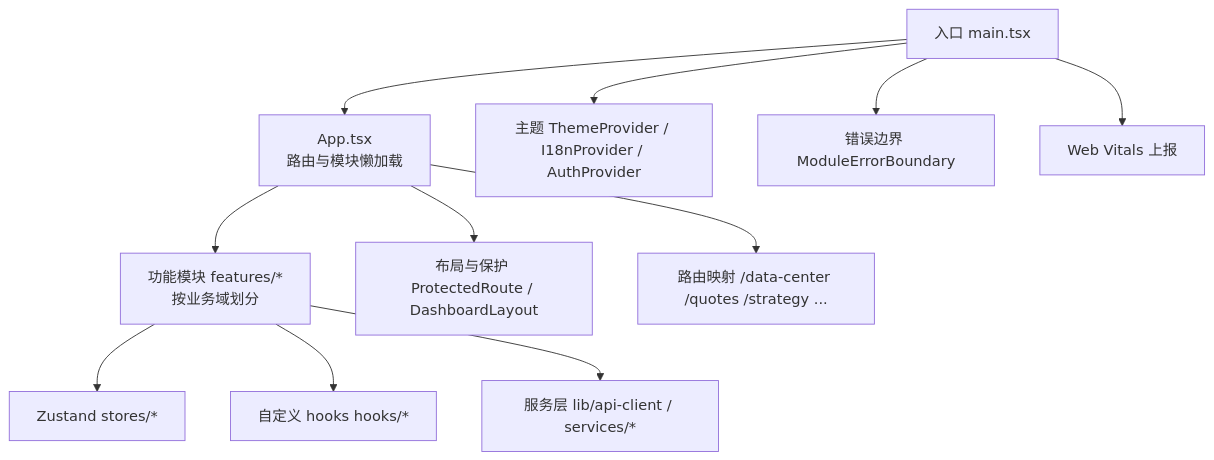
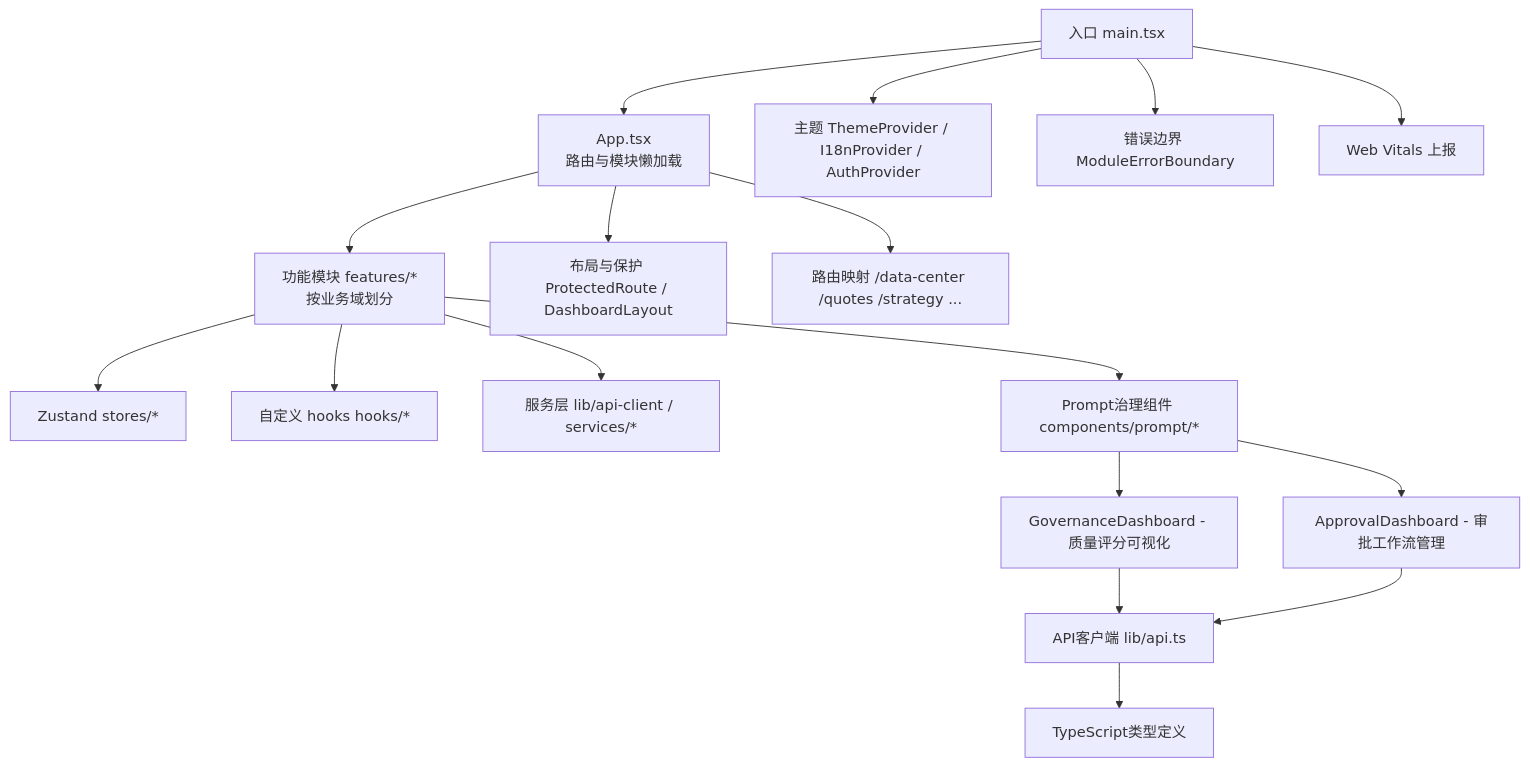
One commit to songlinhe5-lab/quant_agent changed the first of 11 diagrams in .qoder/repowiki/zh/content/前端开发指南/前端开发指南.md. Above: the diagram before and after it, drawn with Mermaid. The commit also changed other lines of this file and 294 other files, not shown here.

````diff
--- a/.qoder/repowiki/zh/content/前端开发指南/前端开发指南.md
+++ b/.qoder/repowiki/zh/content/前端开发指南/前端开发指南.md
@@ -43,13 +56,19 @@
 ```mermaid
 graph TB
 A["入口 main.tsx"] --> B["App.tsx<br/>路由与模块懒加载"]
 B --> C["功能模块 features/*<br/>按业务域划分"]
 B --> D["布局与保护 ProtectedRoute / DashboardLayout"]
 A --> E["主题 ThemeProvider / I18nProvider / AuthProvider"]
 A --> F["错误边界 ModuleErrorBoundary"]
 A --> G["Web Vitals 上报"]
 B --> H["路由映射 /data-center /quotes /strategy ..."]
 C --> I["Zustand stores/*"]
 C --> J["自定义 hooks hooks/*"]
 C --> K["服务层 lib/api-client / services/*"]
+C --> L["Prompt治理组件 components/prompt/*"]
+L --> M["GovernanceDashboard - 质量评分可视化"]
+L --> N["ApprovalDashboard - 审批工作流管理"]
+M --> O["API客户端 lib/api.ts"]
+N --> O
+O --> P["TypeScript类型定义"]
 ```
````
